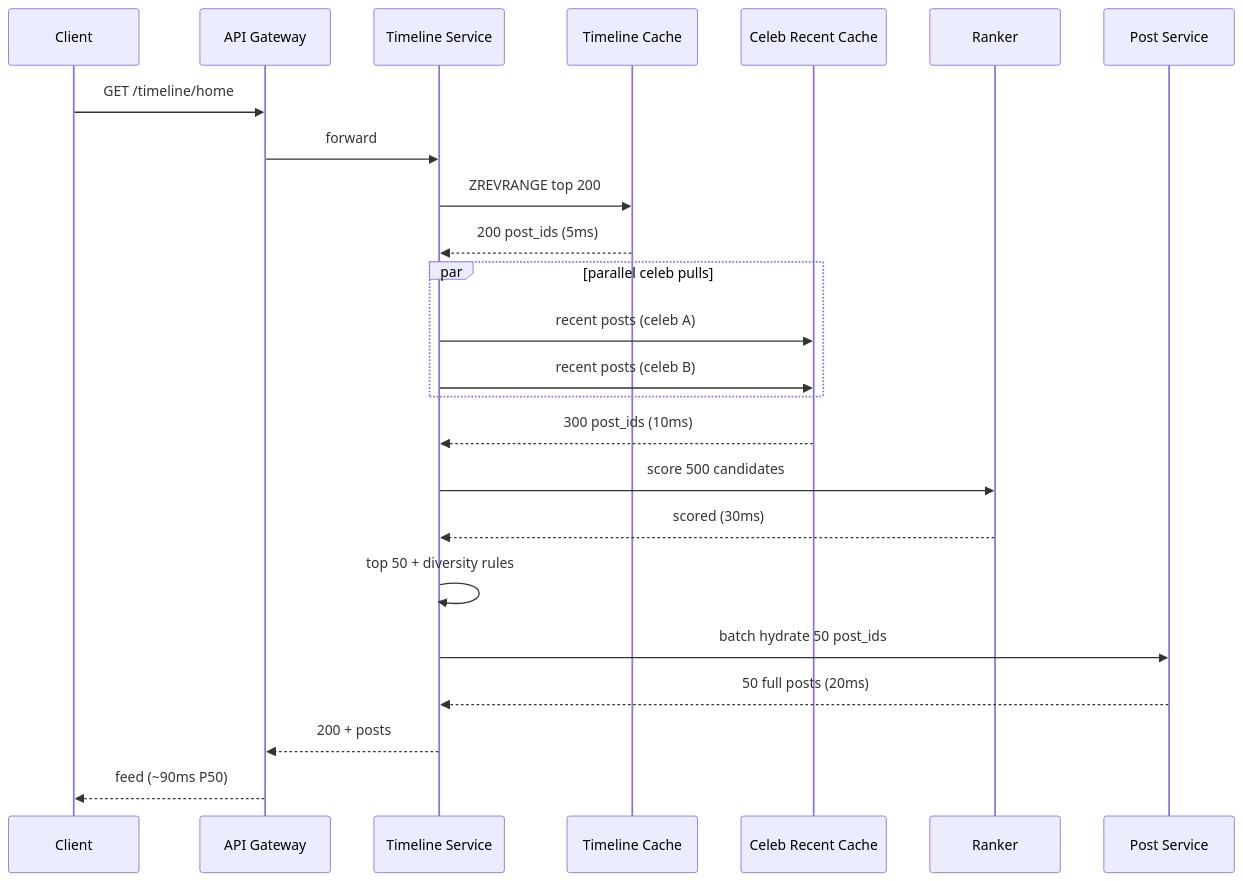
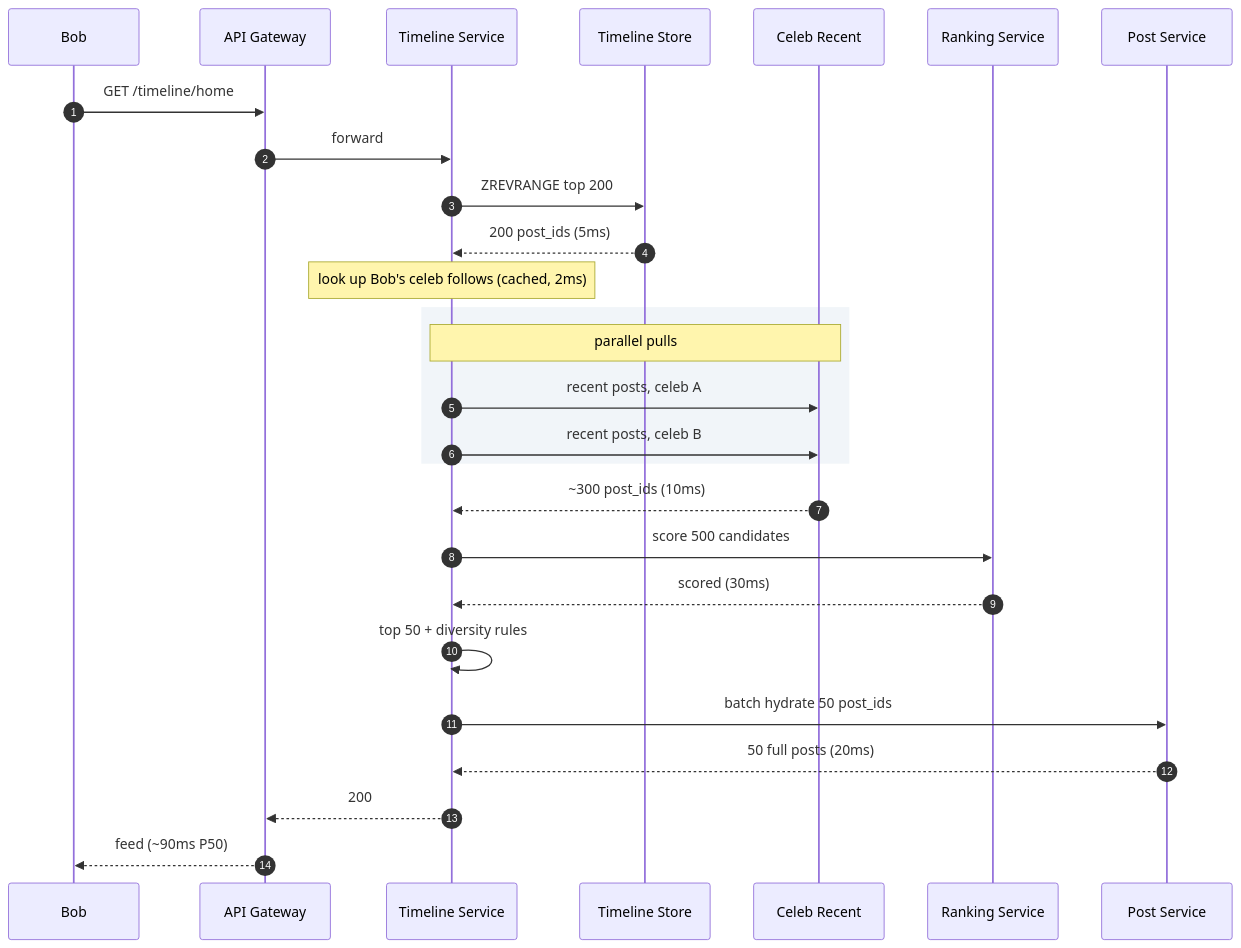
The fourth of 5 diagrams in problems/002-news-feed/solution.md (shiningflash/system-design), drawn with Mermaid before and after one commit. The commit also changed other lines of this file and 38 other files, not shown here.

````diff
--- a/problems/002-news-feed/solution.md
+++ b/problems/002-news-feed/solution.md
@@ -340,29 +328,32 @@
 ```mermaid
 sequenceDiagram
-    participant C as Client
-    participant API as API Gateway
-    participant TS as Timeline Service
-    participant Cache as Timeline Cache
-    participant Celeb as Celeb Recent Cache
-    participant R as Ranker
-    participant PS as Post Service
+    autonumber
+    participant Bob
+    participant GW as API Gateway
+    participant TSvc as Timeline Service
+    participant TStore as Timeline Store
+    participant CStore as Celeb Recent
+    participant Ranker as Ranking Service
+    participant PSvc as Post Service
 
-    C->>API: GET /timeline/home
-    API->>TS: forward
-    TS->>Cache: ZREVRANGE top 200
-    Cache-->>TS: 200 post_ids (5ms)
+    Bob->>GW: GET /timeline/home
+    GW->>TSvc: forward
+    TSvc->>TStore: ZREVRANGE top 200
+    TStore-->>TSvc: 200 post_ids (5ms)
+    Note over TSvc: look up Bob's celeb follows (cached, 2ms)
 
-    par parallel celeb pulls
-        TS->>Celeb: recent posts (celeb A)
-        TS->>Celeb: recent posts (celeb B)
+    rect rgb(241, 245, 249)
+        Note over TSvc,CStore: parallel pulls
+        TSvc->>CStore: recent posts, celeb A
+        TSvc->>CStore: recent posts, celeb B
     end
-    Celeb-->>TS: 300 post_ids (10ms)
 
-    TS->>R: score 500 candidates
-    R-->>TS: scored (30ms)
-    TS->>TS: top 50 + diversity rules
-    TS->>PS: batch hydrate 50 post_ids
-    PS-->>TS: 50 full posts (20ms)
-    TS-->>API: 200 + posts
-    API-->>C: feed (~90ms P50)
+    CStore-->>TSvc: ~300 post_ids (10ms)
+    TSvc->>Ranker: score 500 candidates
+    Ranker-->>TSvc: scored (30ms)
+    TSvc->>TSvc: top 50 + diversity rules
+    TSvc->>PSvc: batch hydrate 50 post_ids
+    PSvc-->>TSvc: 50 full posts (20ms)
+    TSvc-->>GW: 200
+    GW-->>Bob: feed (~90ms P50)
 ```
````
